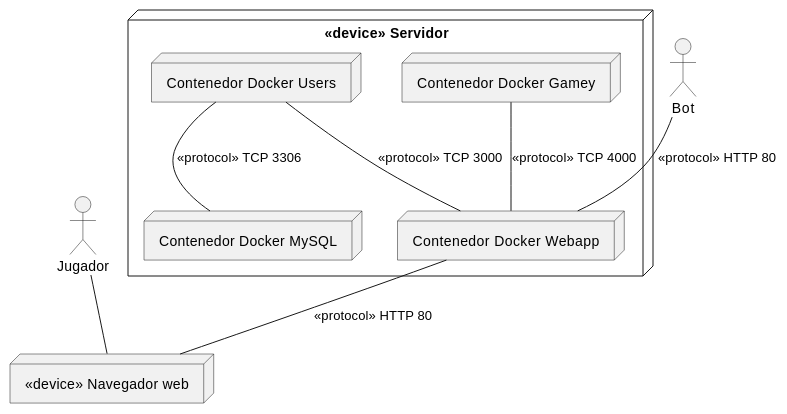
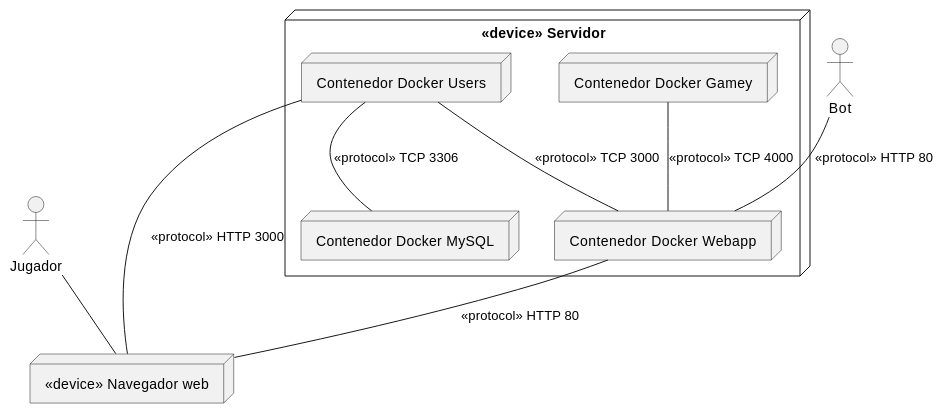
Before and after one commit to Arquisoft/yovi_es5b: the diagram in docs/src/07_deployment_view.adoc, drawn with PlantUML. The commit also changed other lines of this file and 1 other file, not shown here.

```diff
--- a/docs/src/07_deployment_view.adoc
+++ b/docs/src/07_deployment_view.adoc
@@ -60,32 +60,33 @@
 [plantuml,"diagrama-despliegue-1",png]
 ----
 _**<Diagrama General>**_
 @startuml
 node "<<device>> Servidor" {
 node "Contenedor Docker Webapp" {
 }
 
 
 node "Contenedor Docker Gamey" {
 }
 
 node "Contenedor Docker Users" {
 }
 
 node "Contenedor Docker MySQL" {
 }
 
 "Contenedor Docker Users" -- "Contenedor Docker MySQL" : <<protocol>> TCP 3306
 "Contenedor Docker Gamey" -- "Contenedor Docker Webapp" : "<<protocol>> TCP 4000"
 "Contenedor Docker Users" -- "Contenedor Docker Webapp" : "<<protocol>> TCP 3000"
 }
 
 node "<<device>> Navegador web"
 
 "Contenedor Docker Webapp" -- "<<device>> Navegador web" : "<<protocol>> HTTP 80"
+"Contenedor Docker Users" -- "<<device>> Navegador web" : "<<protocol>> HTTP 3000"
 actor Jugador
 actor Bot
 Jugador -- "<<device>> Navegador web"
 Bot -- "Contenedor Docker Webapp" : "<<protocol>> HTTP 80"
 @enduml
 ----
```
